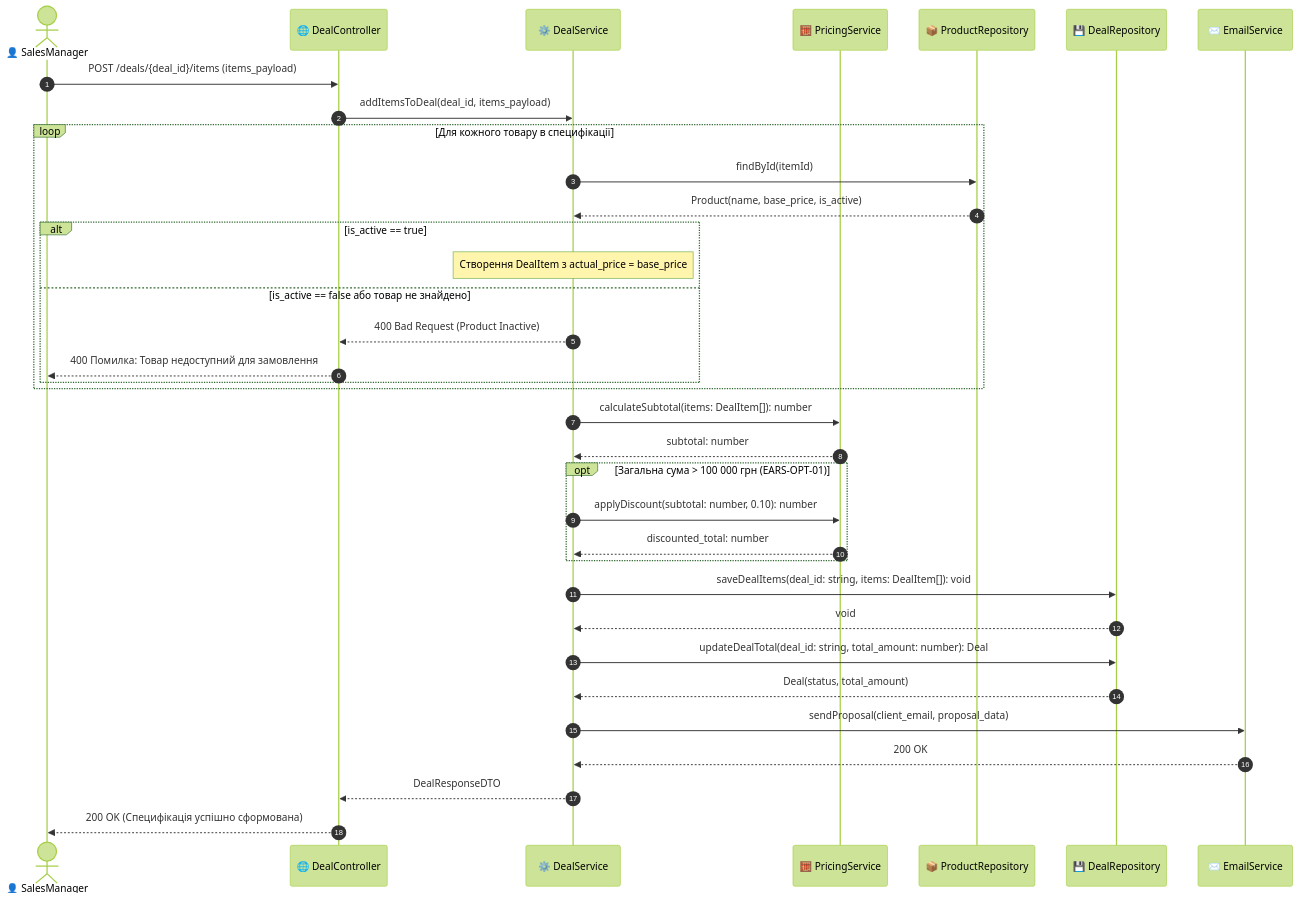
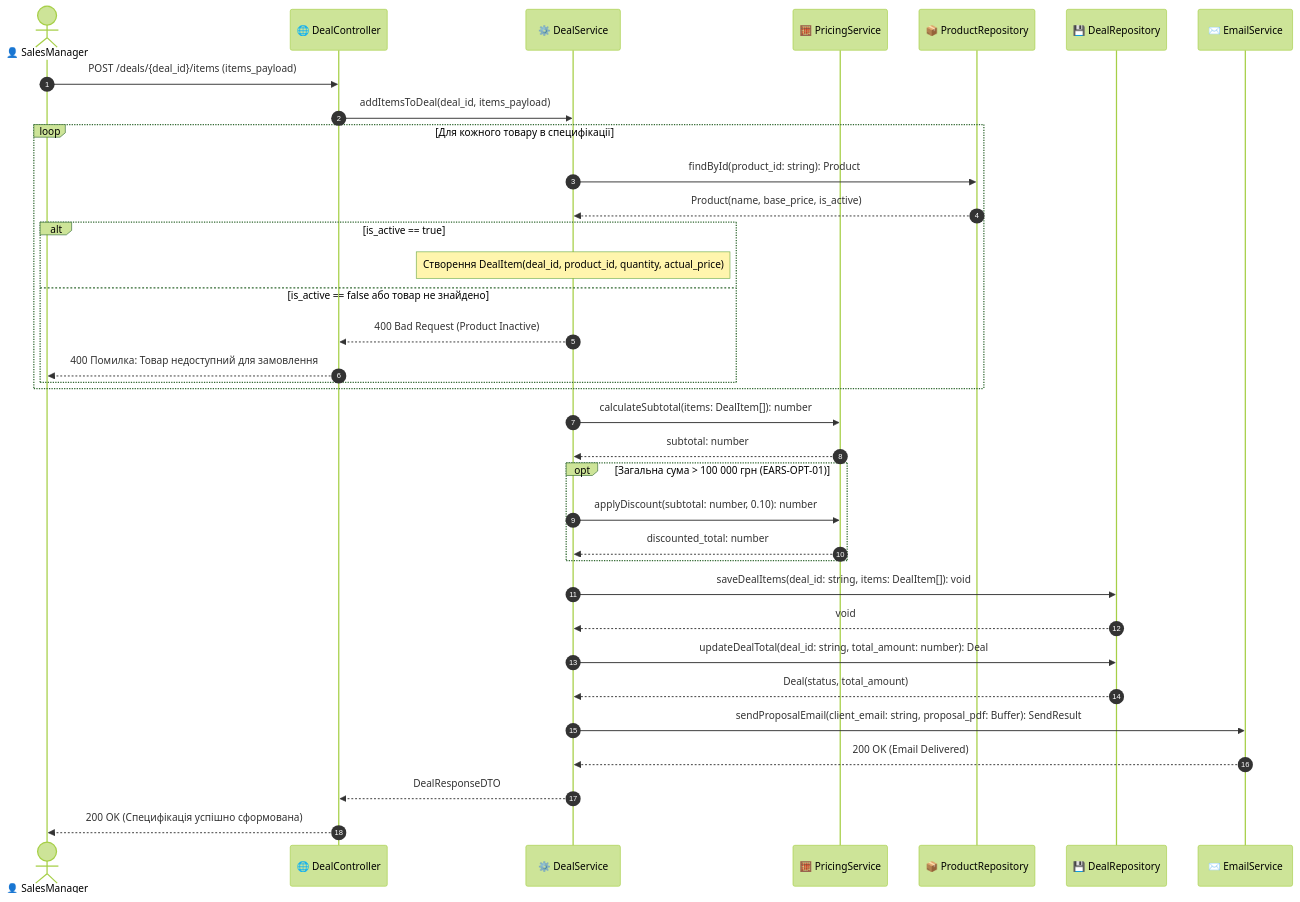
One commit to young3rrrr/KPI changed the diagram in Lab 3/spec.md. Above: the diagram before and after it, drawn with Mermaid (forest theme). The commit also changed 2 other files, not shown here.

Commit message:
fix(spec): synchronize method parameter names with Lab 1 ER schema

````diff
--- a/Lab 3/spec.md
+++ b/Lab 3/spec.md
@@ -54,46 +54,46 @@
 ```mermaid
 sequenceDiagram
     autonumber
     actor Manager as 👤 SalesManager
     participant Controller as 🌐 DealController
     participant Service as ⚙️ DealService
     participant Pricing as 🧮 PricingService
     participant ProdRepo as 📦 ProductRepository
     participant DealRepo as 💾 DealRepository
     participant Email as ✉️ EmailService
 
     Manager ->> Controller: POST /deals/{deal_id}/items (items_payload)
     Controller ->> Service: addItemsToDeal(deal_id, items_payload)
 
     loop Для кожного товару в специфікації
-        Service ->> ProdRepo: findById(itemId)
+        Service ->> ProdRepo: findById(product_id: string): Product
         ProdRepo -->> Service: Product(name, base_price, is_active)
         alt is_active == true
-            Note over Service: Створення DealItem з actual_price = base_price
+            Note over Service: Створення DealItem(deal_id, product_id, quantity, actual_price)
         else is_active == false або товар не знайдено
             Service -->> Controller: 400 Bad Request (Product Inactive)
             Controller -->> Manager: 400 Помилка: Товар недоступний для замовлення
         end
     end
 
     %% Розрахунок вартості
     Service ->> Pricing: calculateSubtotal(items: DealItem[]): number
     Pricing -->> Service: subtotal: number
 
     opt Загальна сума > 100 000 грн (EARS-OPT-01)
         Service ->> Pricing: applyDiscount(subtotal: number, 0.10): number
         Pricing -->> Service: discounted_total: number
     end
 
     %% Збереження позицій та оновлення суми угоди
     Service ->> DealRepo: saveDealItems(deal_id: string, items: DealItem[]): void
     DealRepo -->> Service: void
     Service ->> DealRepo: updateDealTotal(deal_id: string, total_amount: number): Deal
     DealRepo -->> Service: Deal(status, total_amount)
 
-    Service ->> Email: sendProposal(client_email, proposal_data)
-    Email -->> Service: 200 OK
+    Service ->> Email: sendProposalEmail(client_email: string, proposal_pdf: Buffer): SendResult
+    Email -->> Service: 200 OK (Email Delivered)
 
     Service -->> Controller: DealResponseDTO
     Controller -->> Manager: 200 OK (Специфікація успішно сформована)
 ```
````
